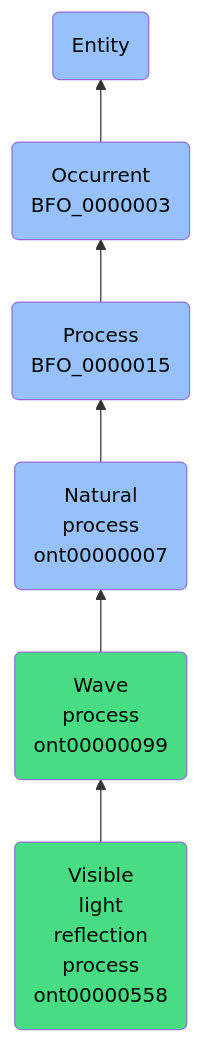
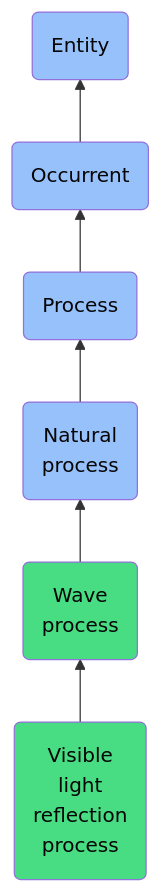
One commit to jupyter-naas/abi changed the diagram in docs/ontology/reference/model/Entity/Occurrent/Process/Natural process/Wave process/Visible light reflection process/Visible light reflection process.md. Above: the diagram before and after it, drawn with Mermaid. The commit also changed other lines of this file and 1430 other files, not shown here.

````diff
--- a/docs/ontology/reference/model/Entity/Occurrent/Process/Natural process/Wave process/Visible light reflection process/Visible light reflection process.md
+++ b/docs/ontology/reference/model/Entity/Occurrent/Process/Natural process/Wave process/Visible light reflection process/Visible light reflection process.md
@@ -24,13 +24,13 @@
 ```mermaid
 graph BT
-    ont00000558(Visible<br>light<br>reflection<br>process<br>ont00000558):::ABI-->ont00000099
-    ont00000099(Wave<br>process<br>ont00000099):::ABI-->ont00000007
-    ont00000007(Natural<br>process<br>ont00000007):::BFO-->BFO_0000015
-    BFO_0000015(Process<br>BFO_0000015):::BFO-->BFO_0000003
-    BFO_0000003(Occurrent<br>BFO_0000003):::BFO-->BFO_0000001
+    ont00000558(Visible<br>light<br>reflection<br>process):::ABI-->ont00000099
+    ont00000099(Wave<br>process):::ABI-->ont00000007
+    ont00000007(Natural<br>process):::BFO-->BFO_0000015
+    BFO_0000015(Process):::BFO-->BFO_0000003
+    BFO_0000003(Occurrent):::BFO-->BFO_0000001
     BFO_0000001(Entity):::BFO
     
     classDef BFO fill:#97c1fb,color:#060606
     classDef CCO fill:#e4c51e,color:#060606
     classDef ABI fill:#48DD82,color:#060606
 ```
````
